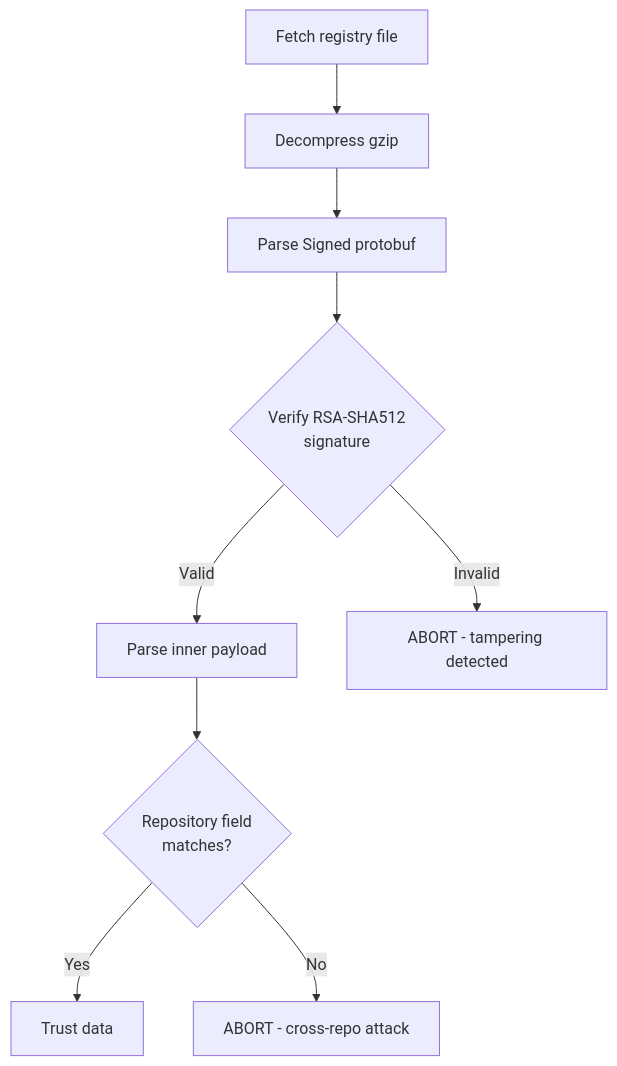
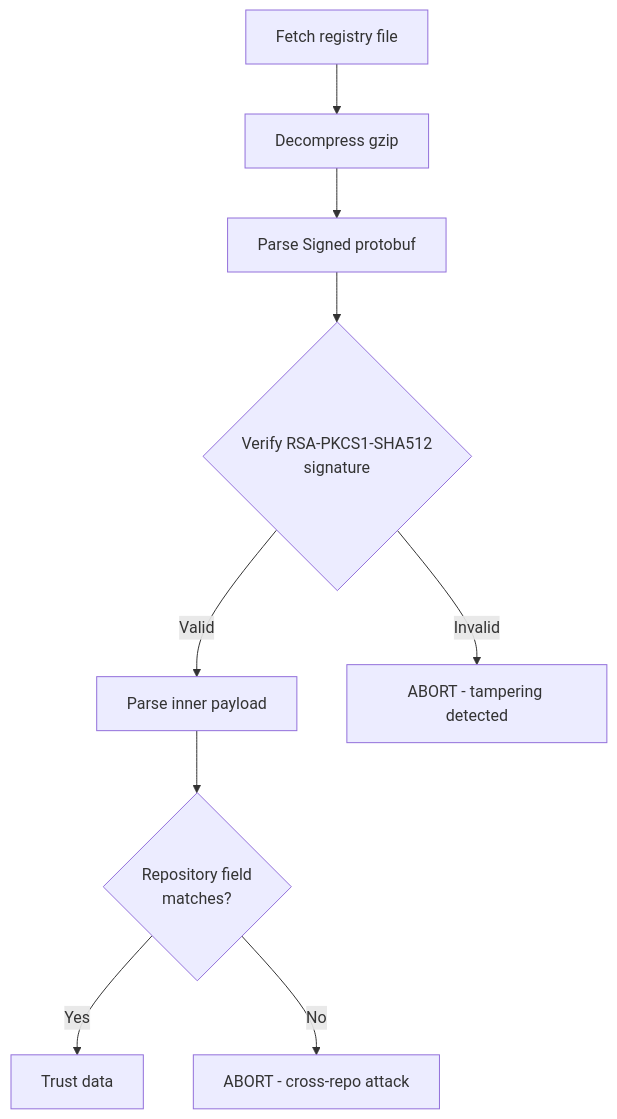
The first of 3 diagrams in security/supply-chain/verification.md (hexpm/specifications), drawn with Mermaid before and after one commit. The commit also changed 15 other files, not shown here.

````diff
--- a/security/supply-chain/verification.md
+++ b/security/supply-chain/verification.md
@@ -30,11 +30,11 @@
 ```mermaid
 flowchart TD
     A[Fetch registry file] --> B[Decompress gzip]
     B --> C[Parse Signed protobuf]
-    C --> D{Verify RSA-SHA512<br/>signature}
+    C --> D{Verify RSA-PKCS1-SHA512<br/>signature}
     D -->|Valid| E[Parse inner payload]
     D -->|Invalid| F[ABORT - tampering detected]
     E --> G{Repository field<br/>matches?}
     G -->|Yes| H[Trust data]
     G -->|No| I[ABORT - cross-repo attack]
 ```
````
